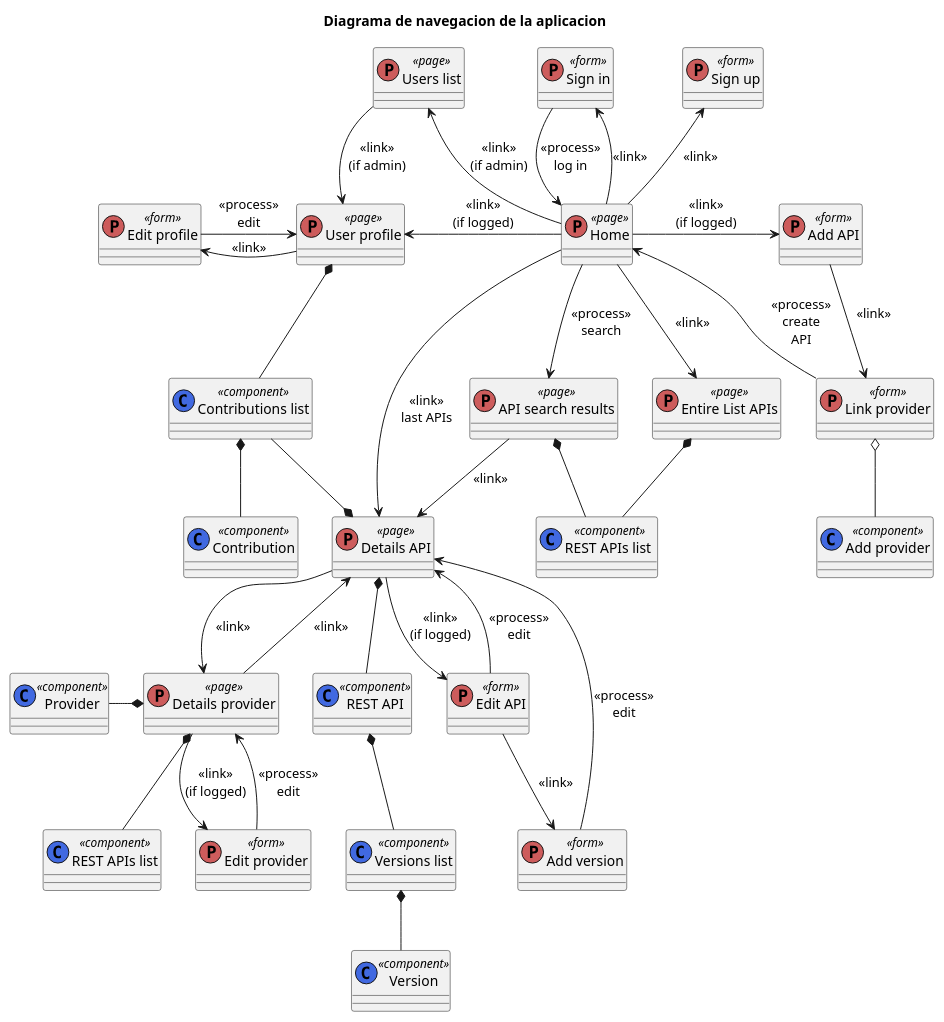
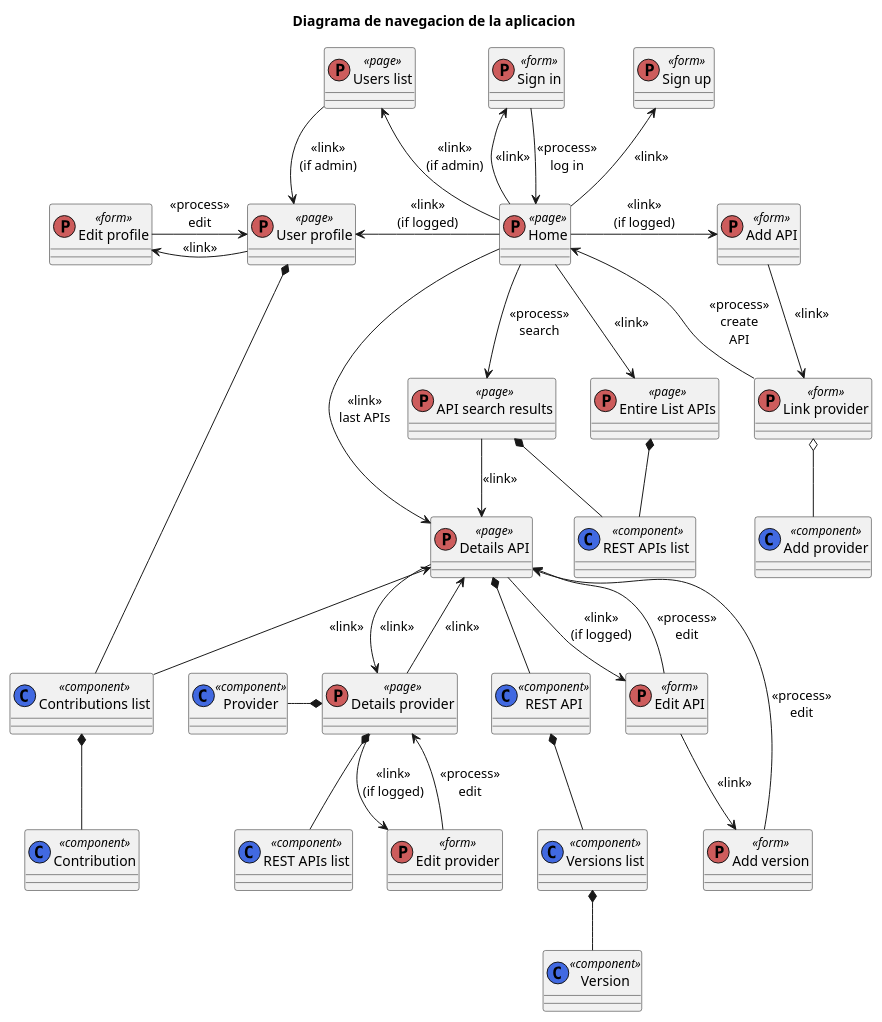
One commit to tonen100/TFM_Front_RepositorioServiciosWebEnriquecidos changed the diagram in doc/dn.plantuml. Above: the diagram before and after it, drawn with PlantUML.

```diff
--- a/doc/dn.plantuml
+++ b/doc/dn.plantuml
@@ -1,63 +1,63 @@
 @startuml
 title Diagrama de navegacion de la aplicacion
 
 class "Home" <<(P,IndianRed) page>>
 class "Entire List APIs" <<(P,IndianRed) page>>
 class "API search results" <<(P,IndianRed) page>>
 class "Details API" <<(P,IndianRed) page>>
 class "Sign up" <<(P,IndianRed) form>>
 class "Sign in" <<(P,IndianRed) form>>
 class "Details provider" <<(P,IndianRed) page>>
 class "REST APIs list" <<(C,RoyalBlue) component>>
 class "REST APIs list " <<(C,RoyalBlue) component>>
 class "REST API" <<(C,RoyalBlue) component>>
 class "Versions list" <<(C,RoyalBlue) component>>
 class "Version" <<(C,RoyalBlue) component>>
 class "Provider" <<(C,RoyalBlue) component>>
 class "User profile" <<(P,IndianRed) page>>
 class "Edit profile" <<(P,IndianRed) form>>
 class "Contributions list" <<(C,RoyalBlue) component>>
 class "Link provider" <<(P,IndianRed) form>>
 class "Add provider" <<(C,RoyalBlue) component>>
 class "Edit provider" <<(P,IndianRed) form>>
 class "Contribution" <<(C,RoyalBlue) component>>
 class "Add API" <<(P,IndianRed) form>>
 class "Edit API" <<(P,IndianRed) form>>
 class "Add version" <<(P,IndianRed) form>>
 class "Users list" <<(P,IndianRed) page>>
 
 "Home" --> "API search results": <<process>>\nsearch
 "Home" --> "Entire List APIs": <<link>>
 "Home" -up-> "Sign up": <<link>>
 "Home" -up-> "Sign in": <<link>>
 "Home" --> "Details API": <<link>>\nlast APIs
 "Sign in" --> "Home": <<process>>\nlog in
 "Home" -left-> "User profile": <<link>>\n(if logged)
 "User profile" -left-> "Edit profile": <<link>>
 "Edit profile" -right-> "User profile": <<process>>\nedit
 "User profile" *-- "Contributions list"
 "Home" -right-> "Add API": <<link>>\n(if logged)
 "Add API" --> "Link provider": <<link>>\n
 "Link provider" o-- "Add provider"
 "Link provider" --> "Home": <<process>>\ncreate\nAPI
 "API search results" --> "Details API": <<link>>
 "API search results" *-- "REST APIs list "
 "Entire List APIs" *-- "REST APIs list "
 "Details API" --> "Details provider": <<link>>
 "Details API" *-- "REST API"
 "Details API" --> "Edit API": <<link>>\n(if logged)
 "Edit API" --> "Details API": <<process>>\nedit
 "Edit API" --> "Add version": <<link>>
 "Add version" --> "Details API": <<process>>\nedit
-"Details API" *-up- "Contributions list"
+"Details API" <-down- "Contributions list": <<link>>
 "REST API" *-- "Versions list"
 "Versions list" *-- "Version"
 "Contributions list" *-down- "Contribution"
 "Details provider" *-left- "Provider"
 "Details provider" *-- "REST APIs list"
 "Details provider" --> "Details API": <<link>>
 "Details provider" --> "Edit provider": <<link>>\n(if logged)
 "Edit provider" --> "Details provider": <<process>>\nedit
 "Home" -up-> "Users list": <<link>>\n(if admin)
 "Users list" --> "User profile": <<link>>\n(if admin)
 @enduml
```
